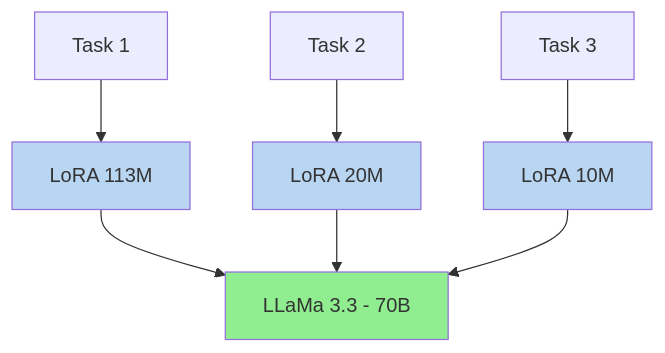
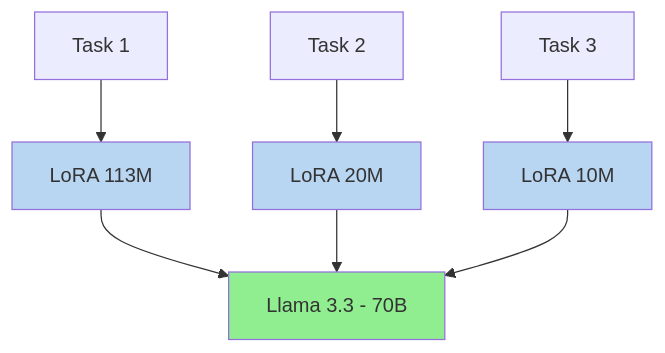
One commit to NVIDIA-NeMo/nemo-platform changed the second of 3 diagrams in docs/customizer/about.mdx. Above: the diagram before and after it, drawn with Mermaid. The commit also changed other lines of this file and 66 other files, not shown here.

````diff
--- a/docs/customizer/about.mdx
+++ b/docs/customizer/about.mdx
@@ -48,15 +48,15 @@
 ```mermaid
 ---
-caption: Parameter-Efficient Fine Tuning
+caption: Parameter-Efficient Fine-Tuning
 ---
 flowchart TD
  P1[Task 1] --> A1[LoRA 113M]
  P2[Task 2] --> A2[LoRA 20M]
  P3[Task 3] --> A3[LoRA 10M]
- A1 & A2 & A3 --> M[LLaMa 3.3 - 70B]
+ A1 & A2 & A3 --> M[Llama 3.3 - 70B]
 
  style A1 fill:#B8D5F2
  style A2 fill:#B8D5F2
  style A3 fill:#B8D5F2
  style M fill:#90EE90
 ```
````
